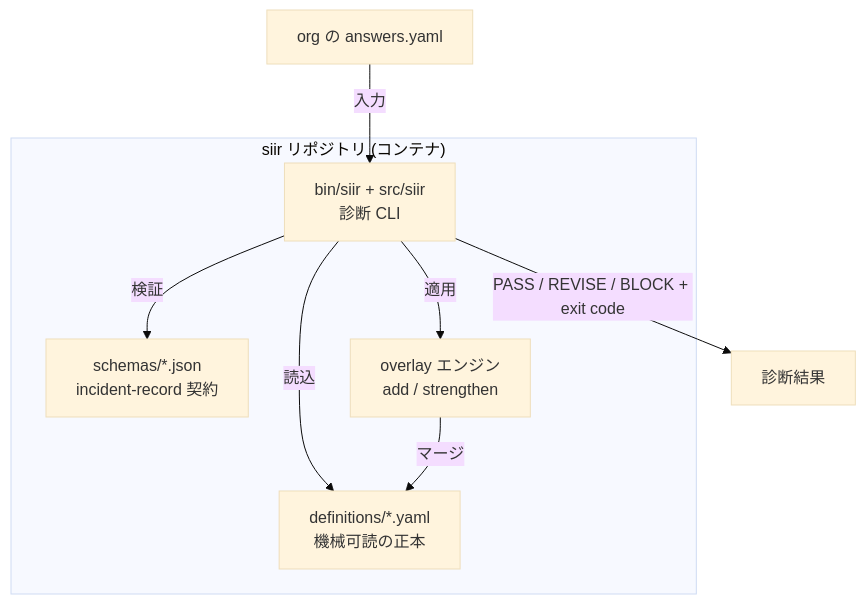
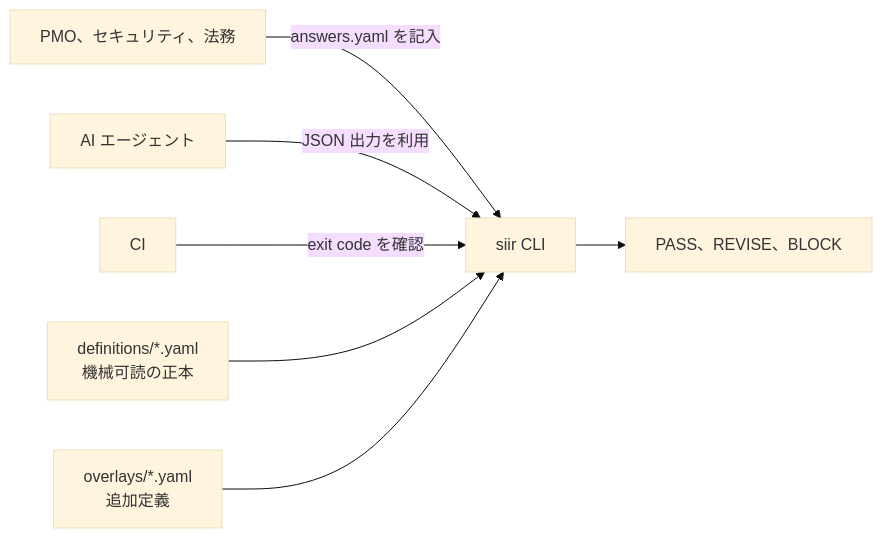
Before and after one commit to suwa-sh/shared-infra-incident-readiness: the first of 2 diagrams in docs/01_responsibility_boundary.md, drawn with Mermaid (base theme). The commit also changed other lines of this file and 10 other files, not shown here.

````diff
--- a/docs/01_responsibility_boundary.md
+++ b/docs/01_responsibility_boundary.md
@@ -36,15 +44,9 @@
 ```mermaid
-flowchart TB
-  subgraph siir["siir リポジトリ (コンテナ)"]
-    defs["definitions/*.yaml<br/>機械可読の正本"]
-    schema["schemas/*.json<br/>incident-record 契約"]
-    cli["bin/siir + src/siir<br/>診断 CLI"]
-    overlay["overlay エンジン<br/>add / strengthen"]
-    cli -->|"読込"| defs
-    cli -->|"検証"| schema
-    cli -->|"適用"| overlay
-    overlay -->|"マージ"| defs
-  end
-  answers["org の answers.yaml"] -->|"入力"| cli
-  cli -->|"PASS / REVISE / BLOCK + exit code"| out["診断結果"]
+flowchart LR
+  user["PMO、セキュリティ、法務"] -->|"answers.yaml を記入"| cli["siir CLI"]
+  agent["AI エージェント"] -->|"JSON 出力を利用"| cli
+  ci["CI"] -->|"exit code を確認"| cli
+  defs["definitions/*.yaml<br/>機械可読の正本"] --> cli
+  overlays["overlays/*.yaml<br/>追加定義"] --> cli
+  cli --> result["PASS、REVISE、BLOCK"]
 ```
````
